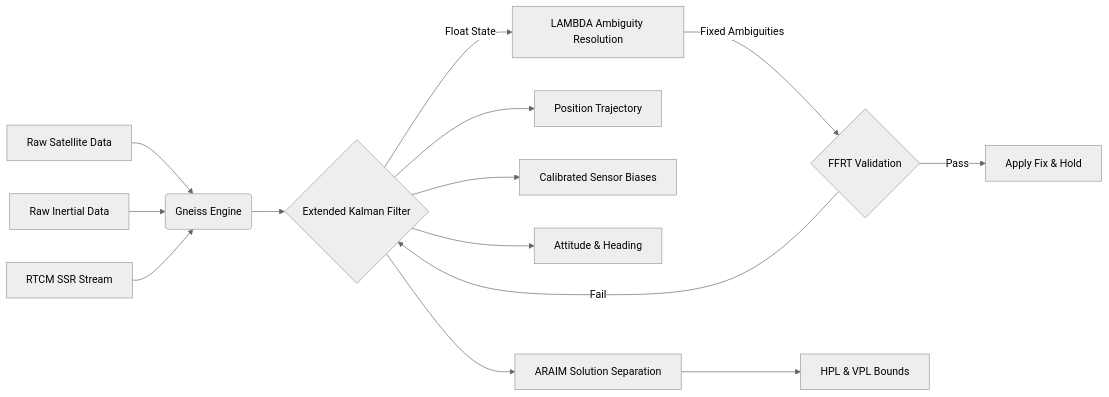
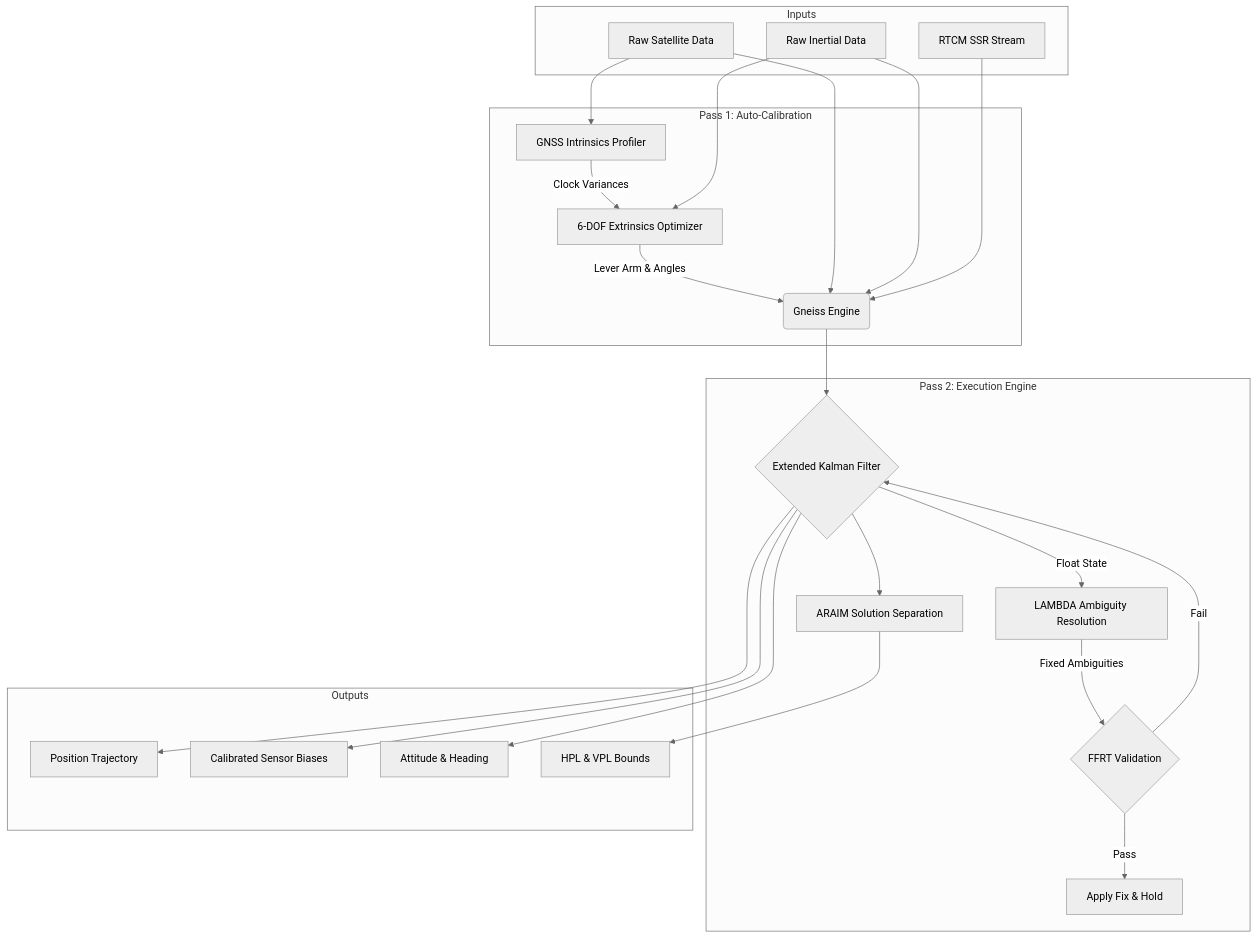
The diagram in README.md (bneb/gneiss), drawn with Mermaid (neutral theme) before and after one commit. The commit also changed other lines of this file and 7 other files, not shown here.

````diff
--- a/README.md
+++ b/README.md
@@ -44,16 +44,39 @@
 ```mermaid
-graph LR
-    A[Raw Satellite Data] --> B(Gneiss Engine)
-    C[Raw Inertial Data] --> B
-    S[RTCM SSR Stream] --> B
+graph TD
+    subgraph Inputs
+    A[Raw Satellite Data]
+    C[Raw Inertial Data]
+    S[RTCM SSR Stream]
+    end
+
+    subgraph "Pass 1: Auto-Calibration"
+    P1[GNSS Intrinsics Profiler]
+    P2[6-DOF Extrinsics Optimizer]
+    P1 -->|Clock Variances| P2
+    P2 -->|Lever Arm & Angles| B
+    end
+
+    A --> P1
+    C --> P2
+
+    subgraph "Pass 2: Execution Engine"
+    B(Gneiss Engine)
     B --> D{Extended Kalman Filter}
     D -->|Float State| H[LAMBDA Ambiguity Resolution]
     H -->|Fixed Ambiguities| I{FFRT Validation}
     I -->|Pass| J[Apply Fix & Hold]
     I -->|Fail| D
+    D --> K[ARAIM Solution Separation]
+    end
+
+    A --> B
+    C --> B
+    S --> B
+
+    subgraph Outputs
     D --> E[Position Trajectory]
     D --> F[Calibrated Sensor Biases]
     D --> G[Attitude & Heading]
-    D --> K[ARAIM Solution Separation]
     K --> L[HPL & VPL Bounds]
+    end
 ```
````
